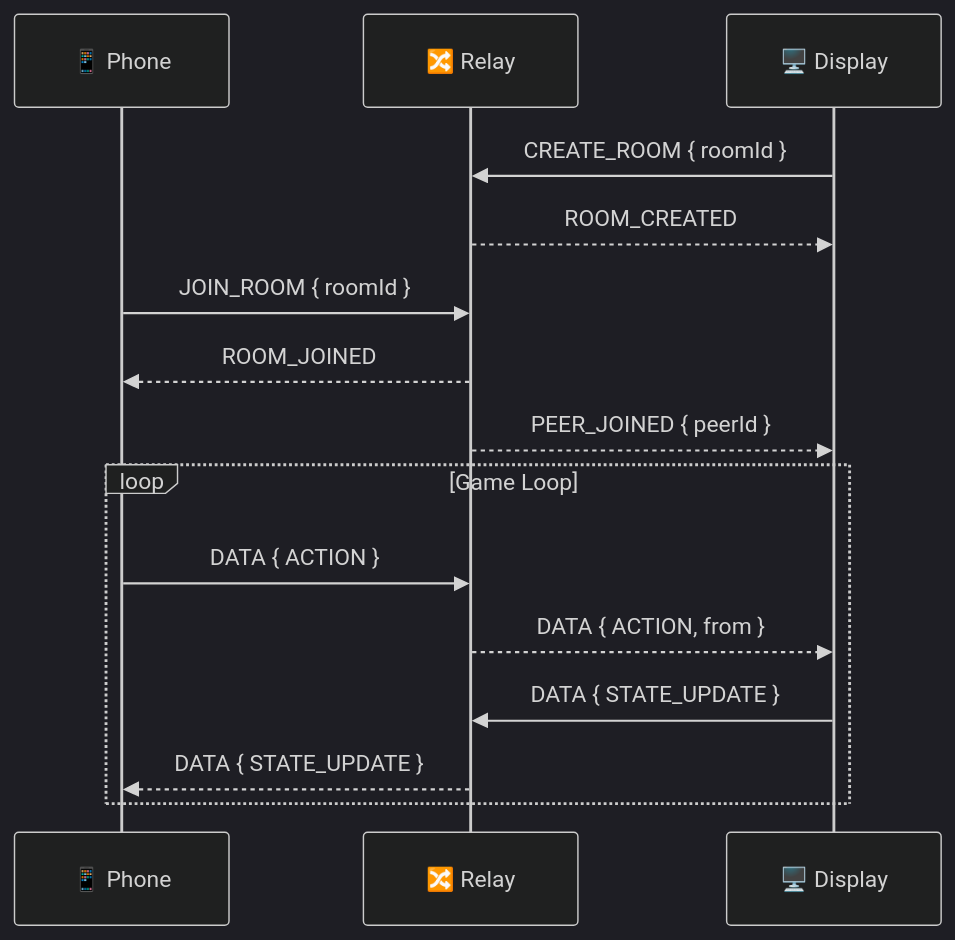
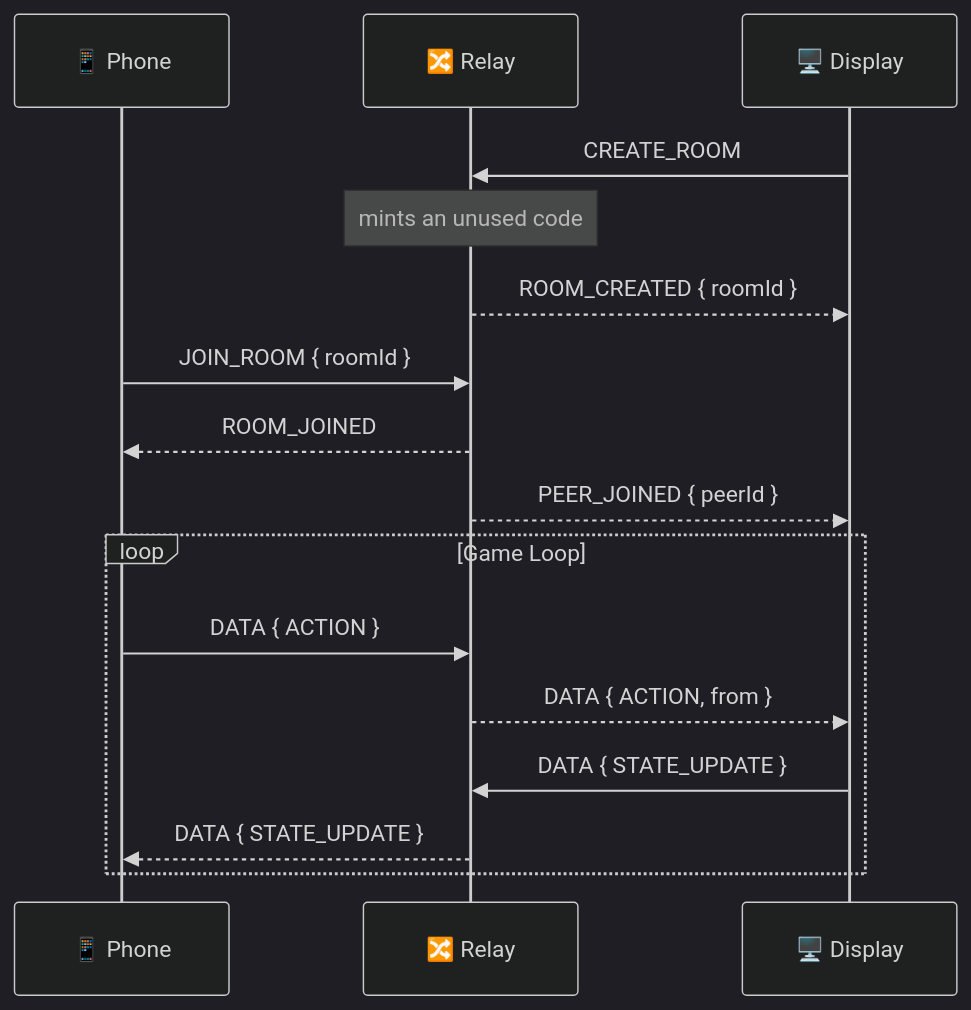
Before and after one commit to faluciano/react-native-couch-kit: the fourth of 4 diagrams in README.md, drawn with Mermaid (dark theme). The commit also changed other lines of this file and 8 other files, not shown here.

````diff
--- a/README.md
+++ b/README.md
@@ -100,20 +100,21 @@
 ```mermaid
 sequenceDiagram
   participant P as 📱 Phone
   participant R as 🔀 Relay
   participant D as 🖥️ Display
 
-  D->>R: CREATE_ROOM { roomId }
-  R-->>D: ROOM_CREATED
+  D->>R: CREATE_ROOM
+  Note over R: mints an unused code
+  R-->>D: ROOM_CREATED { roomId }
 
   P->>R: JOIN_ROOM { roomId }
   R-->>P: ROOM_JOINED
   R-->>D: PEER_JOINED { peerId }
 
   loop Game Loop
     P->>R: DATA { ACTION }
     R-->>D: DATA { ACTION, from }
     D->>R: DATA { STATE_UPDATE }
     R-->>P: DATA { STATE_UPDATE }
   end
 ```
````
